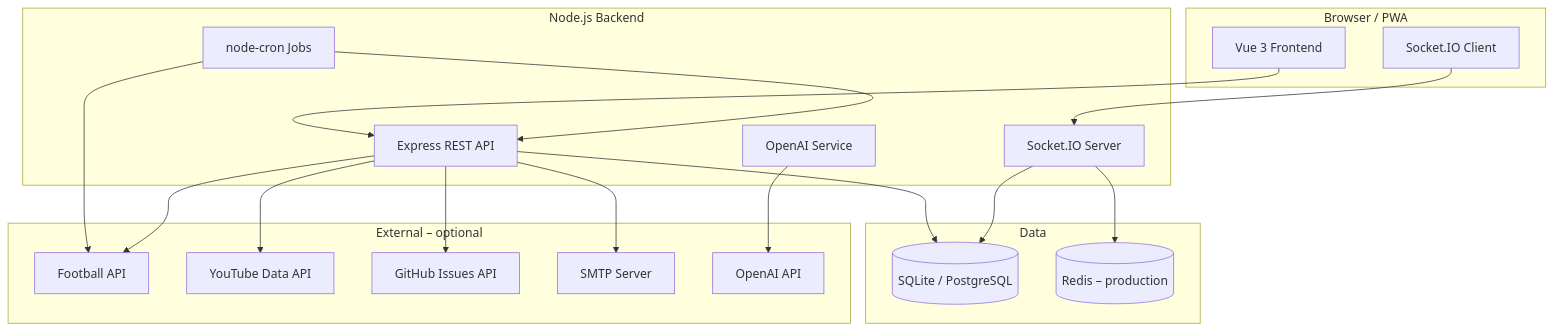
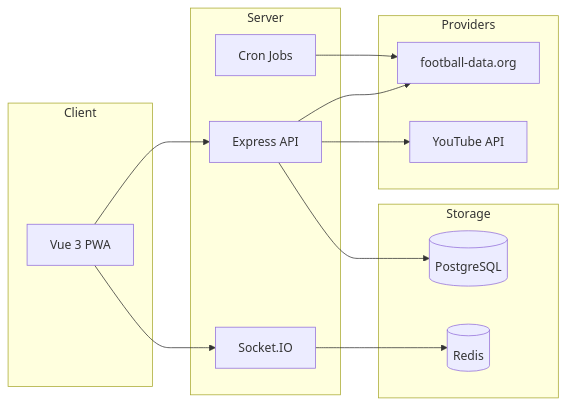
Before and after one commit to schmeckm/WM2026_Prediction: the diagram in README.md, drawn with Mermaid. The commit also changed other lines of this file and 4 other files, not shown here.

First line of the commit message:
docs: professionelles README, MIT-Lizenz, Football-API-Hinweis

````diff
--- a/README.md
+++ b/README.md
@@ -437,40 +200,26 @@
 ```mermaid
-flowchart TB
-    subgraph client [Browser / PWA]
-        Vue[Vue 3 Frontend]
-        WS[Socket.IO Client]
+flowchart LR
+    subgraph Client
+        PWA[Vue 3 PWA]
     end
-
-    subgraph server [Node.js Backend]
-        API[Express REST API]
-        SIO[Socket.IO Server]
-        Cron[node-cron Jobs]
-        AI[OpenAI Service]
+    subgraph Server
+        API[Express API]
+        WS[Socket.IO]
+        CRON[Cron Jobs]
     end
-
-    subgraph data [Data]
-        DB[(SQLite / PostgreSQL)]
-        Redis[(Redis – production)]
+    subgraph Storage
+        PG[(PostgreSQL)]
+        RD[(Redis)]
     end
-
-    subgraph external [External – optional]
-        FAPI[Football API]
-        YT[YouTube Data API]
-        GH[GitHub Issues API]
-        SMTP[SMTP Server]
-        OAI[OpenAI API]
+    subgraph Providers
+        FD[football-data.org]
+        YT[YouTube API]
     end
-
-    Vue --> API
-    WS --> SIO
-    API --> DB
-    SIO --> DB
-    Cron --> API
-    Cron --> FAPI
-    API --> FAPI
+    PWA --> API
+    PWA --> WS
+    API --> PG
+    WS --> RD
+    CRON --> FD
+    API --> FD
     API --> YT
-    API --> GH
-    API --> SMTP
-    AI --> OAI
-    SIO --> Redis
 ```
````
